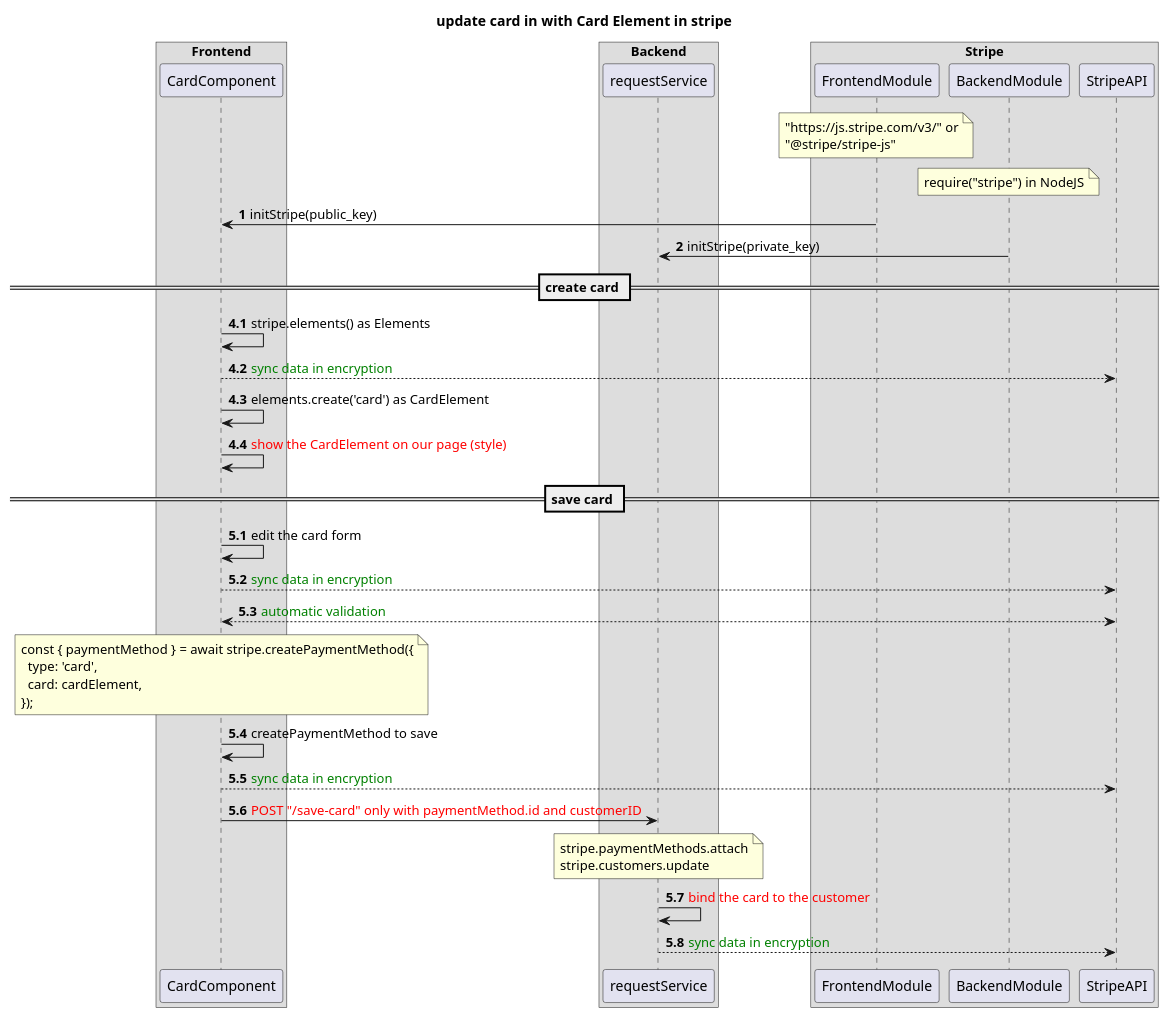
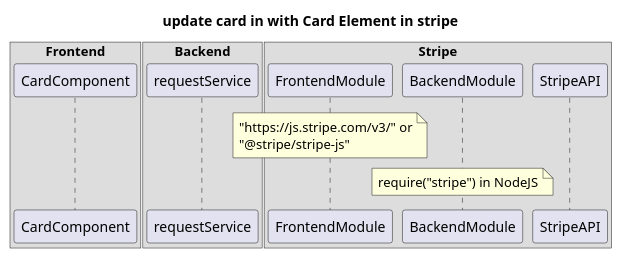
The diagram in src/aladia/aladia-stripe-create-card.wsd (chase-si/umlDesigns), drawn with PlantUML before and after one commit. The commit also changed 4 other files, not shown here.

```diff
--- a/src/aladia/aladia-stripe-create-card.wsd
+++ b/src/aladia/aladia-stripe-create-card.wsd
@@ -1,64 +1,25 @@
 @startuml
 title "update card in with Card Element in stripe"
 
 box "Frontend"
 participant CardComponent
 end box
 
 box "Backend"
 participant requestService
 end box
 
 box Stripe
 participant FrontendModule
 participant BackendModule
 participant StripeAPI
 end box
 
 note over FrontendModule
 "https://js.stripe.com/v3/" or
 "@stripe/stripe-js"
 end note
 note over BackendModule
 require("stripe") in NodeJS
 end note
-
-autonumber
-CardComponent <- FrontendModule : initStripe(public_key)
-requestService <- BackendModule : initStripe(private_key)
-
-' == get SecretKey ==
-' autonumber 3.1
-' CardComponent -> requestService : <color red>POST "/payment/connect-accounts/verification-sessions/{id}" (fix)</color>
-' requestService -> requestService : stripe.identity.verificationSessions.create
-' requestService <--> StripeAPI : clientSecretKey
-' CardComponent <- requestService : PostRes with clientSecretKey
-
-== create card ==
-autonumber 4.1
-CardComponent -> CardComponent : stripe.elements() as Elements
-CardComponent --> StripeAPI : <color green>sync data in encryption</color>
-CardComponent -> CardComponent : elements.create('card') as CardElement
-CardComponent -> CardComponent : <color red>show the CardElement on our page (style)</color>
-
-== save card ==
-autonumber 5.1
-CardComponent -> CardComponent : edit the card form
-CardComponent --> StripeAPI : <color green>sync data in encryption</color>
-CardComponent <--> StripeAPI : <color green>automatic validation</color>
-note over CardComponent
-const { paymentMethod } = await stripe.createPaymentMethod({
-  type: 'card',
-  card: cardElement,
-});
-end note
-CardComponent -> CardComponent : createPaymentMethod to save
-CardComponent --> StripeAPI : <color green>sync data in encryption</color>
-CardComponent -> requestService : <color red>POST "/save-card" only with paymentMethod.id and customerID</color>
-note over requestService
-stripe.paymentMethods.attach
-stripe.customers.update
-end note
-requestService -> requestService : <color red>bind the card to the customer</color>
-requestService --> StripeAPI : <color green>sync data in encryption</color>
 @enduml
```
